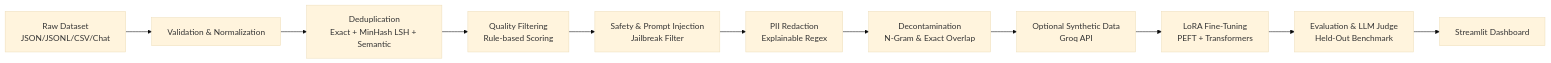
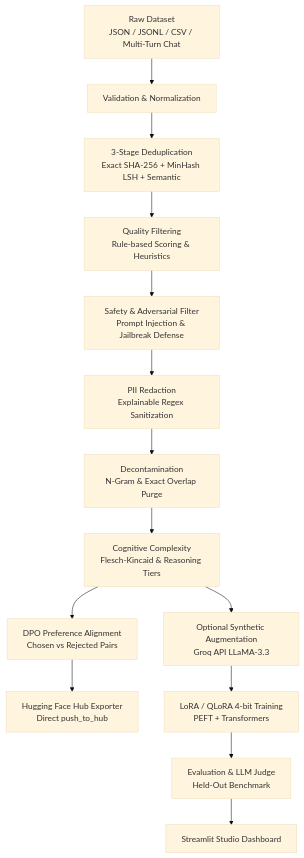
The diagram in README.md (Tanish-o9/LLM-Data-Engine), drawn with Mermaid (base theme) before and after one commit. The commit also changed other lines of this file, not shown here.

Commit message:
docs: document DPO alignment, curriculum scoring, QLoRA, Docker, and CI/CD workflow

````diff
--- a/README.md
+++ b/README.md
@@ -19,13 +21,16 @@
 ```mermaid
-flowchart LR
-    A[Raw Dataset\nJSON/JSONL/CSV/Chat] --> B[Validation & Normalization]
-    B --> C[Deduplication\nExact + MinHash LSH + Semantic]
-    C --> D[Quality Filtering\nRule-based Scoring]
-    D --> E[Safety & Prompt Injection\nJailbreak Filter]
-    E --> F[PII Redaction\nExplainable Regex]
-    F --> G[Decontamination\nN-Gram & Exact Overlap]
-    G --> H[Optional Synthetic Data\nGroq API]
-    H --> I[LoRA Fine-Tuning\nPEFT + Transformers]
-    I --> J[Evaluation & LLM Judge\nHeld-Out Benchmark]
-    J --> K[Streamlit Dashboard]
+flowchart TD
+    A[Raw Dataset\nJSON / JSONL / CSV / Multi-Turn Chat] --> B[Validation & Normalization]
+    B --> C[3-Stage Deduplication\nExact SHA-256 + MinHash LSH + Semantic]
+    C --> D[Quality Filtering\nRule-based Scoring & Heuristics]
+    D --> E[Safety & Adversarial Filter\nPrompt Injection & Jailbreak Defense]
+    E --> F[PII Redaction\nExplainable Regex Sanitization]
+    F --> G[Decontamination\nN-Gram & Exact Overlap Purge]
+    G --> H[Cognitive Complexity\nFlesch-Kincaid & Reasoning Tiers]
+    H --> I[DPO Preference Alignment\nChosen vs Rejected Pairs]
+    H --> J[Optional Synthetic Augmentation\nGroq API LLaMA-3.3]
+    I --> K[Hugging Face Hub Exporter\nDirect push_to_hub]
+    J --> L[LoRA / QLoRA 4-bit Training\nPEFT + Transformers]
+    L --> M[Evaluation & LLM Judge\nHeld-Out Benchmark]
+    M --> N[Streamlit Studio Dashboard]
 ```
````
